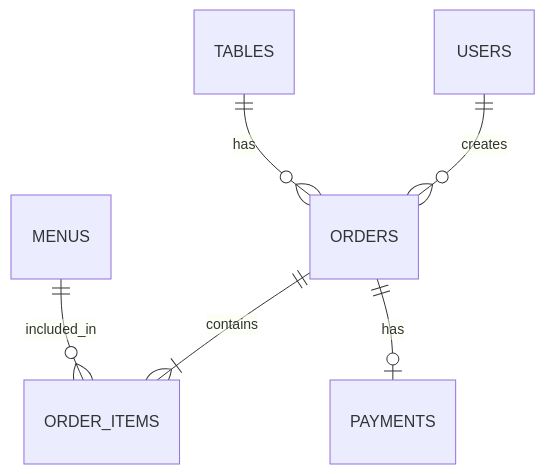
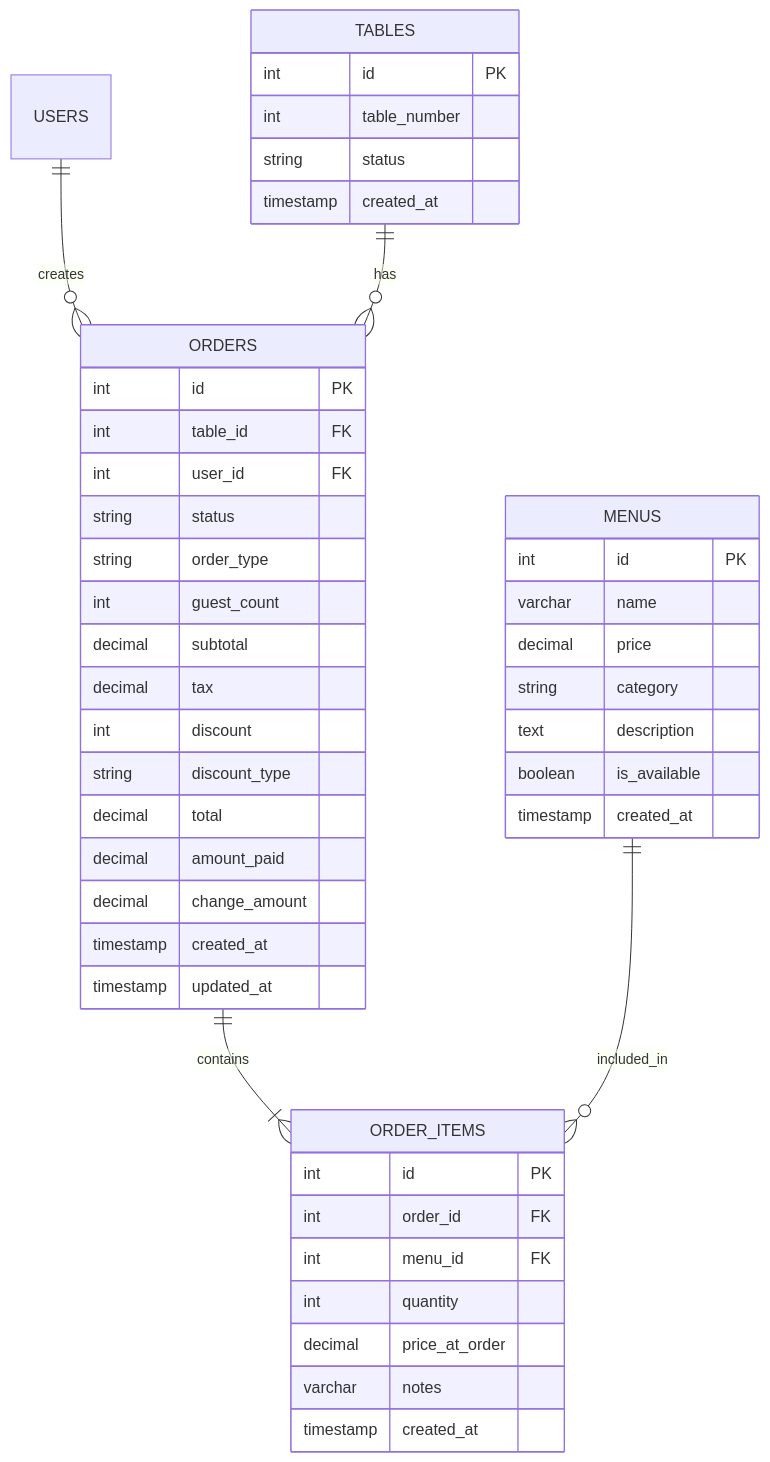
The diagram in issue-pos-testing-erd-flowchart.md (zakybaraq/POS), drawn with Mermaid before and after one commit. The commit also changed other lines of this file, not shown here.

````diff
--- a/issue-pos-testing-erd-flowchart.md
+++ b/issue-pos-testing-erd-flowchart.md
@@ -99,8 +178,48 @@
 ```mermaid
 erDiagram
     USERS ||--o{ ORDERS : creates
     TABLES ||--o{ ORDERS : has
     ORDERS ||--|{ ORDER_ITEMS : contains
     MENUS ||--o{ ORDER_ITEMS : included_in
-    ORDERS ||--o| PAYMENTS : has
+    ORDERS {
+        int id PK
+        int table_id FK
+        int user_id FK
+        string status
+        string order_type
+        int guest_count
+        decimal subtotal
+        decimal tax
+        int discount
+        string discount_type
+        decimal total
+        decimal amount_paid
+        decimal change_amount
+        timestamp created_at
+        timestamp updated_at
+    }
+    ORDER_ITEMS {
+        int id PK
+        int order_id FK
+        int menu_id FK
+        int quantity
+        decimal price_at_order
+        varchar notes
+        timestamp created_at
+    }
+    TABLES {
+        int id PK
+        int table_number
+        string status
+        timestamp created_at
+    }
+    MENUS {
+        int id PK
+        varchar name
+        decimal price
+        string category
+        text description
+        boolean is_available
+        timestamp created_at
+    }
 ```
````
